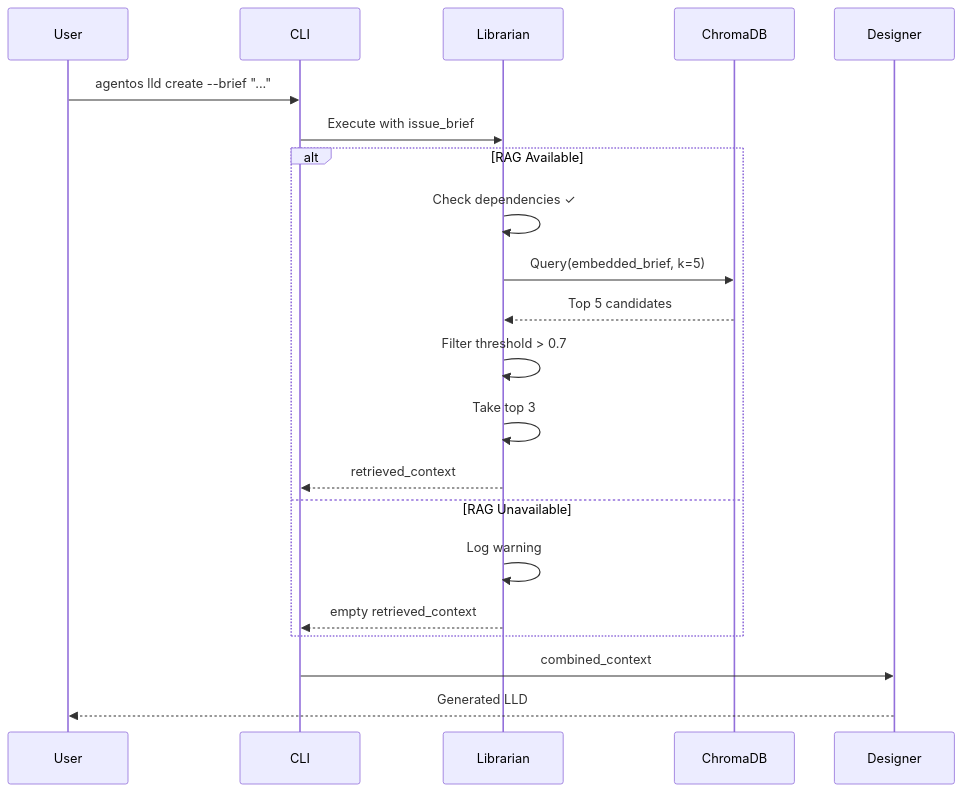
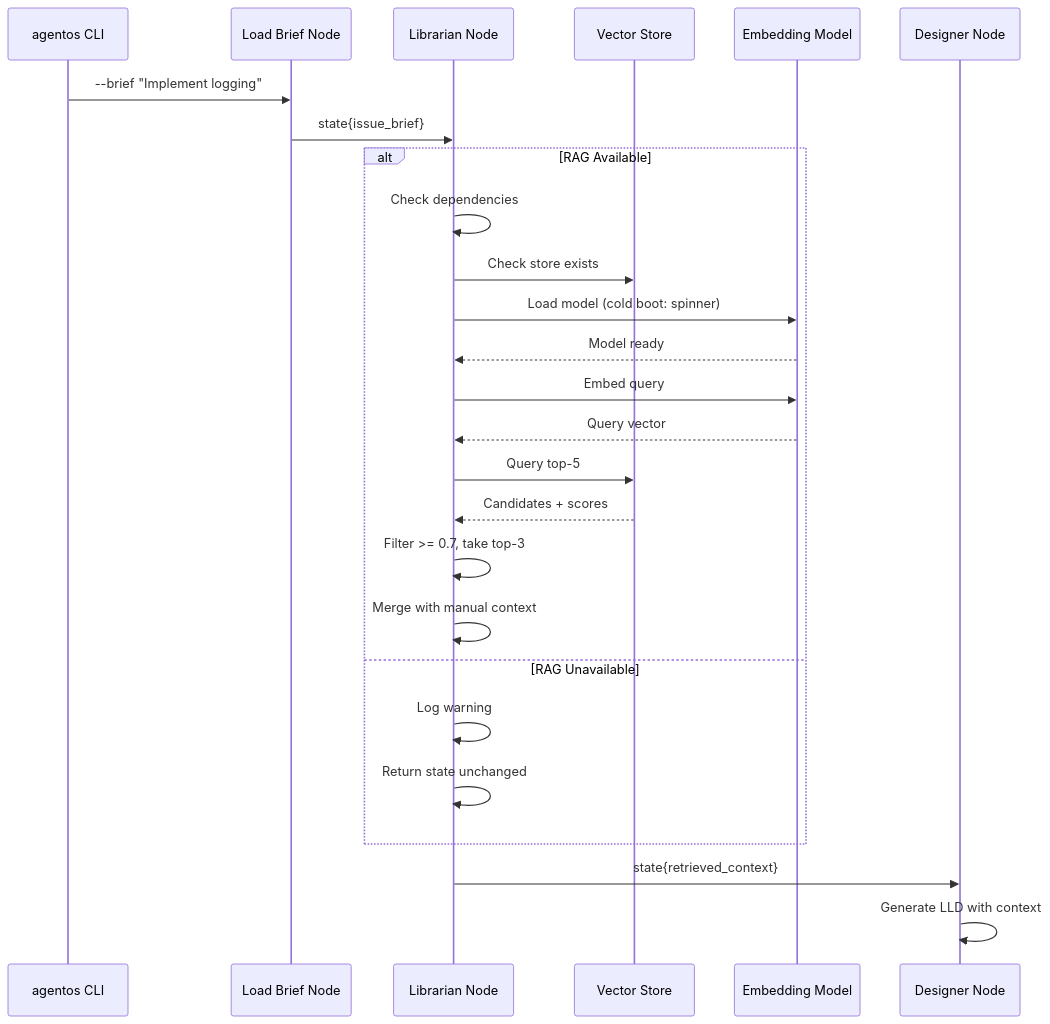
One commit to martymcenroe/AssemblyZero changed the first of 2 diagrams in docs/lineage/active/88-lld/002-draft.md. Above: the diagram before and after it, drawn with Mermaid. The commit also changed other lines of this file and 4 other files, not shown here.

````diff
--- a/docs/lineage/active/88-lld/002-draft.md
+++ b/docs/lineage/active/88-lld/002-draft.md
@@ -391,26 +396,31 @@
 ```mermaid
 sequenceDiagram
-    participant User
-    participant CLI
-    participant Librarian
-    participant ChromaDB
-    participant Designer
+    participant CLI as agentos CLI
+    participant LB as Load Brief Node
+    participant LIB as Librarian Node
+    participant VS as Vector Store
+    participant EM as Embedding Model
+    participant DES as Designer Node
 
-    User->>CLI: agentos lld create --brief "..."
-    CLI->>Librarian: Execute with issue_brief
+    CLI->>LB: --brief "Implement logging"
+    LB->>LIB: state{issue_brief}
     
     alt RAG Available
-        Librarian->>Librarian: Check dependencies ✓
-        Librarian->>ChromaDB: Query(embedded_brief, k=5)
-        ChromaDB-->>Librarian: Top 5 candidates
-        Librarian->>Librarian: Filter threshold > 0.7
-        Librarian->>Librarian: Take top 3
-        Librarian-->>CLI: retrieved_context
+        LIB->>LIB: Check dependencies
+        LIB->>VS: Check store exists
+        LIB->>EM: Load model (cold boot: spinner)
+        EM-->>LIB: Model ready
+        LIB->>EM: Embed query
+        EM-->>LIB: Query vector
+        LIB->>VS: Query top-5
+        VS-->>LIB: Candidates + scores
+        LIB->>LIB: Filter >= 0.7, take top-3
+        LIB->>LIB: Merge with manual context
     else RAG Unavailable
-        Librarian->>Librarian: Log warning
-        Librarian-->>CLI: empty retrieved_context
+        LIB->>LIB: Log warning
+        LIB->>LIB: Return state unchanged
     end
     
-    CLI->>Designer: combined_context
-    Designer-->>User: Generated LLD
+    LIB->>DES: state{retrieved_context}
+    DES->>DES: Generate LLD with context
 ```
````
